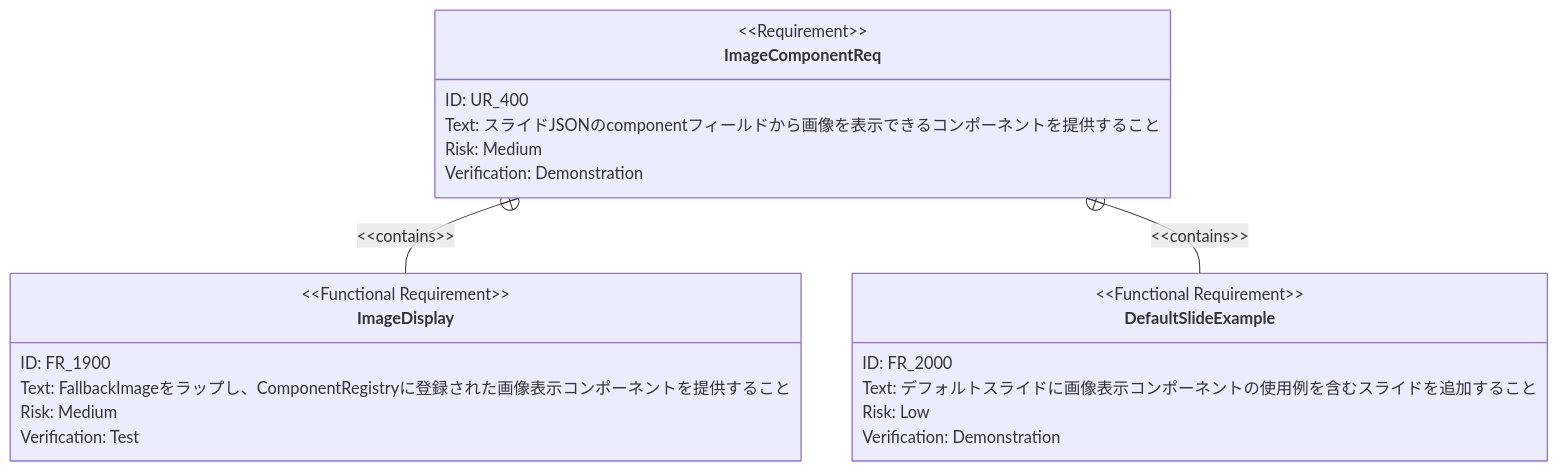
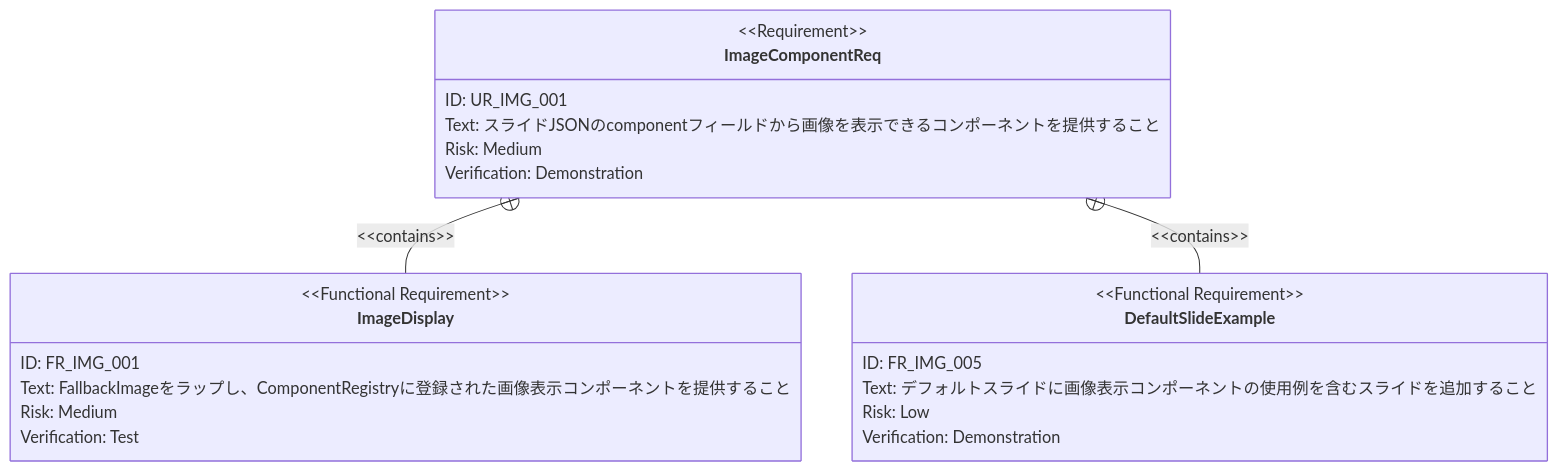
The second of 4 diagrams in .sdd/requirement/image-component.md (ToshikiImagawa/slide-presentation-app), drawn with Mermaid before and after one commit. The commit also changed other lines of this file and 31 other files, not shown here.

````diff
--- a/.sdd/requirement/image-component.md
+++ b/.sdd/requirement/image-component.md
@@ -82,26 +100,26 @@
 ```mermaid
 requirementDiagram
     requirement ImageComponentReq {
-        id: UR_400
+        id: UR_IMG_001
         text: "スライドJSONのcomponentフィールドから画像を表示できるコンポーネントを提供すること"
         risk: medium
         verifymethod: demonstration
     }
 
     functionalRequirement ImageDisplay {
-        id: FR_1900
+        id: FR_IMG_001
         text: "FallbackImageをラップし、ComponentRegistryに登録された画像表示コンポーネントを提供すること"
         risk: medium
         verifymethod: test
     }
 
     functionalRequirement DefaultSlideExample {
-        id: FR_2000
+        id: FR_IMG_005
         text: "デフォルトスライドに画像表示コンポーネントの使用例を含むスライドを追加すること"
         risk: low
         verifymethod: demonstration
     }
 
     ImageComponentReq - contains -> ImageDisplay
     ImageComponentReq - contains -> DefaultSlideExample
 ```
````
